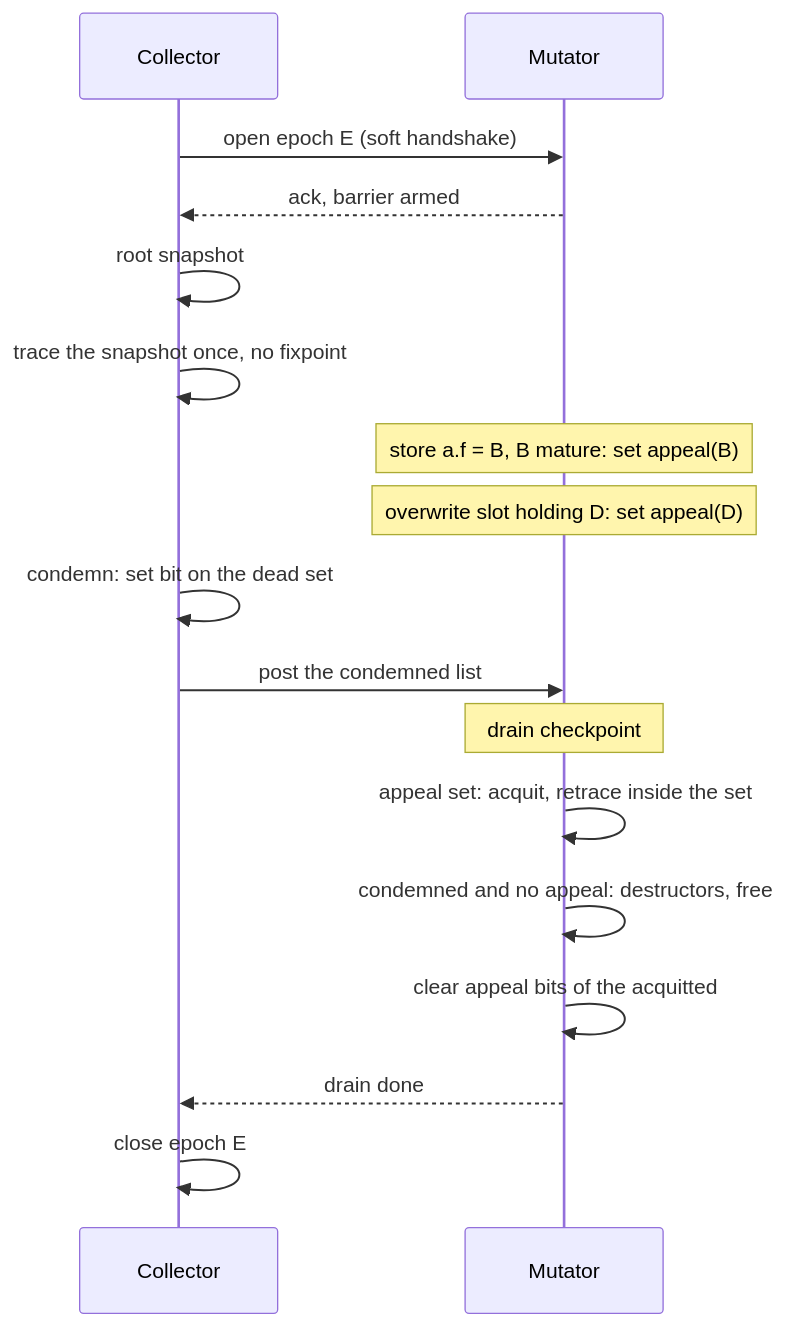
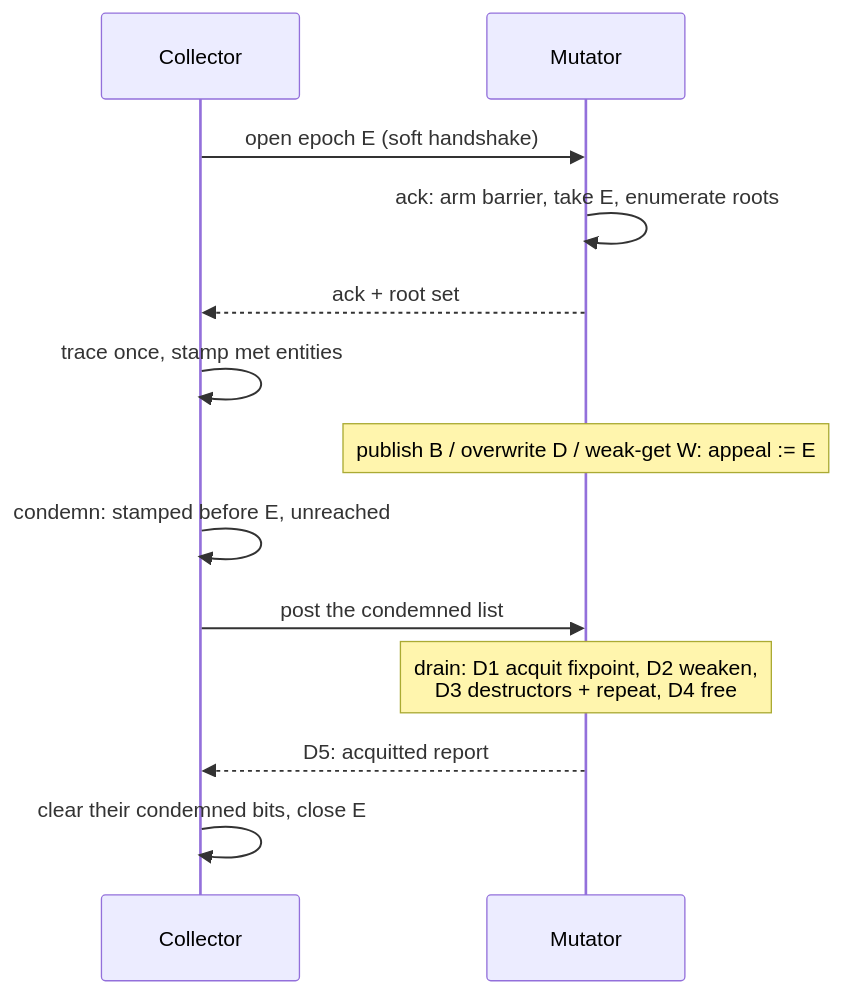
Before and after one commit to limelight-lang/model: the diagram in dev/APPEAL_WALK_GC.md, drawn with Mermaid. The commit also changed other lines of this file, not shown here.

Commit message:
gc: appeal-walk revised after the first critic round

````diff
--- a/dev/APPEAL_WALK_GC.md
+++ b/dev/APPEAL_WALK_GC.md
@@ -127,19 +203,15 @@
 ```mermaid
 sequenceDiagram
     participant C as Collector
     participant M as Mutator
     C->>M: open epoch E (soft handshake)
-    M-->>C: ack, barrier armed
-    C->>C: root snapshot
-    C->>C: trace the snapshot once, no fixpoint
-    Note over M: store a.f = B, B mature: set appeal(B)
-    Note over M: overwrite slot holding D: set appeal(D)
-    C->>C: condemn: set bit on the dead set
+    M->>M: ack: arm barrier, take E, enumerate roots
+    M-->>C: ack + root set
+    C->>C: trace once, stamp met entities
+    Note over M: publish B / overwrite D / weak-get W: appeal := E
+    C->>C: condemn: stamped before E, unreached
     C->>M: post the condemned list
-    Note over M: drain checkpoint
-    M->>M: appeal set: acquit, retrace inside the set
-    M->>M: condemned and no appeal: destructors, free
-    M->>M: clear appeal bits of the acquitted
-    M-->>C: drain done
-    C->>C: close epoch E
+    Note over M: drain: D1 acquit fixpoint, D2 weaken,<br/>D3 destructors + repeat, D4 free
+    M-->>C: D5: acquitted report
+    C->>C: clear their condemned bits, close E
 ```
````
